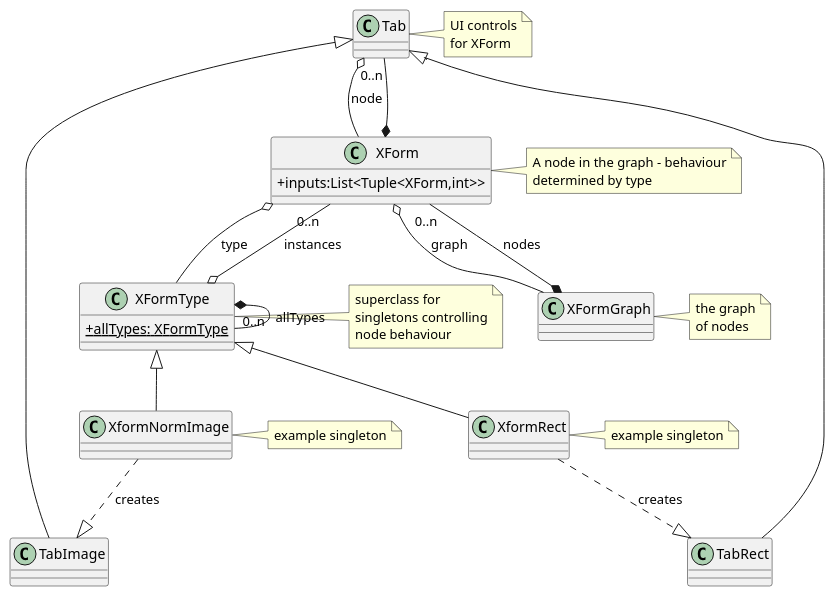
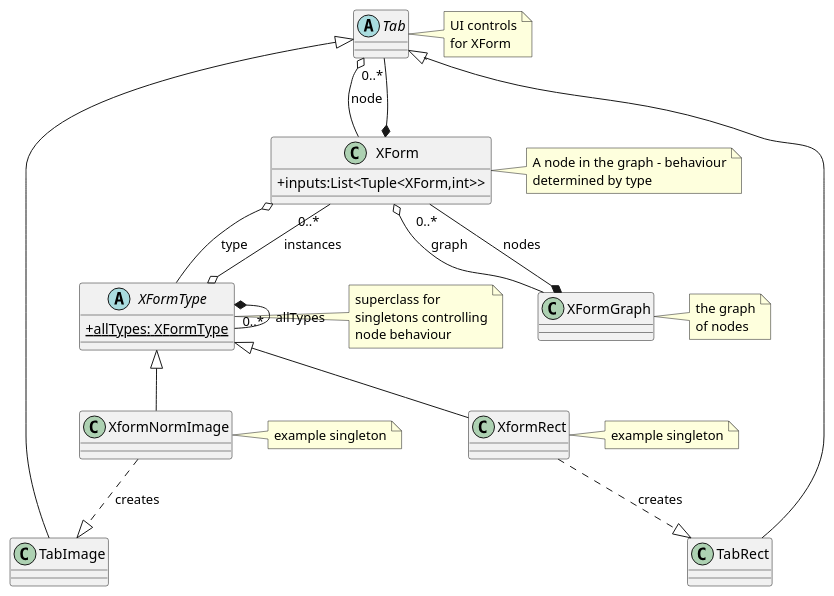
Before and after one commit to AU-ExoMars/PCOT: the diagram in docs/xform.plantuml, drawn with PlantUML. The commit also changed 13 other files, not shown here.

```diff
--- a/docs/xform.plantuml
+++ b/docs/xform.plantuml
@@ -1,61 +1,64 @@
 @startuml
 skinparam classAttributeIconSize 0
 
 class XForm {
     +inputs:List<Tuple<XForm,int>>
 }
 note right of XForm
 A node in the graph - behaviour
 determined by type
 end note
 
-class XFormType {
+abstract class XFormType {
     +{static} allTypes: XFormType
 }
 note right of XFormType
 superclass for
 singletons controlling
 node behaviour
 end note
 
-XFormType *-- "0..n" XFormType : allTypes
+XFormType *-- "0..*" XFormType : allTypes
 
-XFormGraph *-- "0..n" XForm : nodes
+XFormGraph *-- "0..*" XForm : nodes
 
-XFormType o-- "0..n" XForm : instances
+XFormType o-- "0..*" XForm : instances
 
 XForm o-- XFormType : type 
 XForm o-- XFormGraph : graph
 
 note right of XFormGraph
 the graph
 of nodes
 end note
 
 XformNormImage -up-|> XFormType
 XformRect -up-|> XFormType
 
 note right of XformNormImage
 example singleton
 end note
 note right of XformRect
 example singleton
 end note
 
 XformRect ..|> TabRect: creates
 XformNormImage ..|> TabImage: creates
 
+abstract class Tab {
+}
+
 TabImage -up-|> Tab
 TabRect -up-|> Tab
 
 
 Tab o-- XForm:node
 note right of Tab
 UI controls
 for XForm
 end note
 
-XForm *-- "0..n" Tab
+XForm *-- "0..*" Tab
 
 
 @enduml
```
